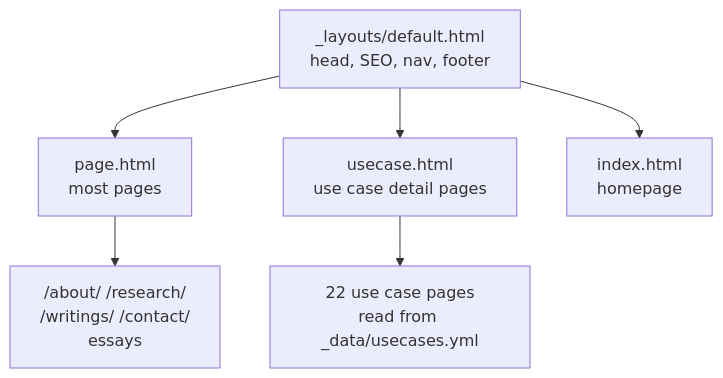
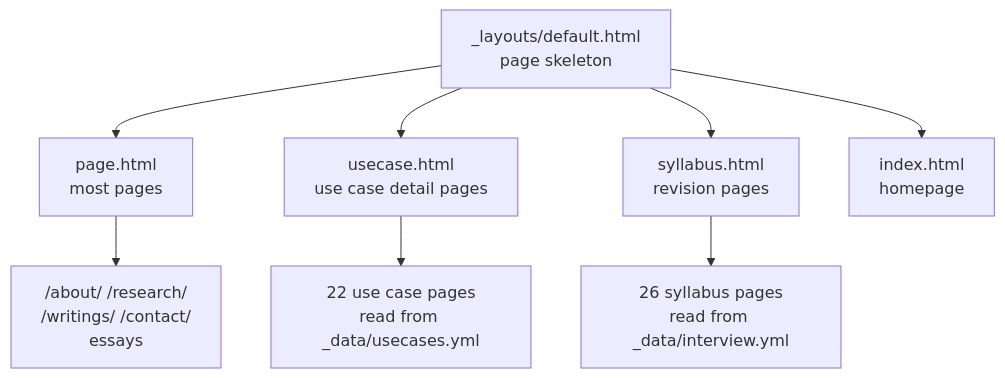
One commit to Feliren88/feliren88.github.io changed the second of 4 diagrams in README.md. Above: the diagram before and after it, drawn with Mermaid. The commit also changed other lines of this file and 1 other file, not shown here.

````diff
--- a/README.md
+++ b/README.md
@@ -28,10 +27,12 @@
 ```mermaid
 flowchart TD
-    D["_layouts/default.html<br/>head, SEO, nav, footer"]
+    D["_layouts/default.html<br/>page skeleton"]
     D --> P["page.html<br/>most pages"]
     D --> U["usecase.html<br/>use case detail pages"]
+    D --> S["syllabus.html<br/>revision pages"]
     D --> I["index.html<br/>homepage"]
 
     P --> P1["/about/ /research/<br/>/writings/ /contact/<br/>essays"]
     U --> U1["22 use case pages<br/>read from _data/usecases.yml"]
+    S --> S1["26 syllabus pages<br/>read from _data/interview.yml"]
 ```
````
